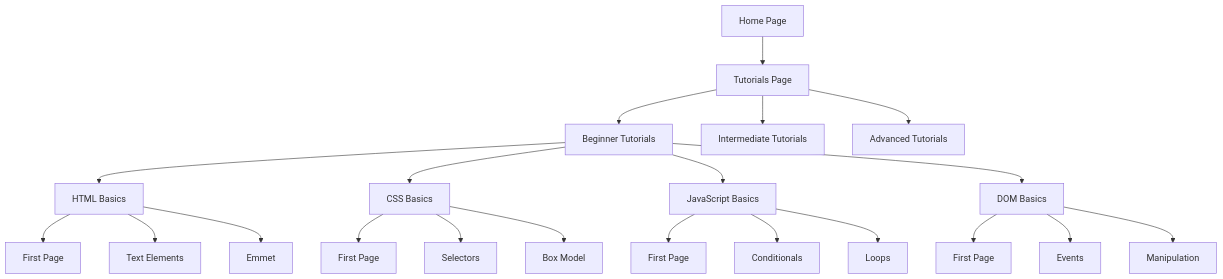
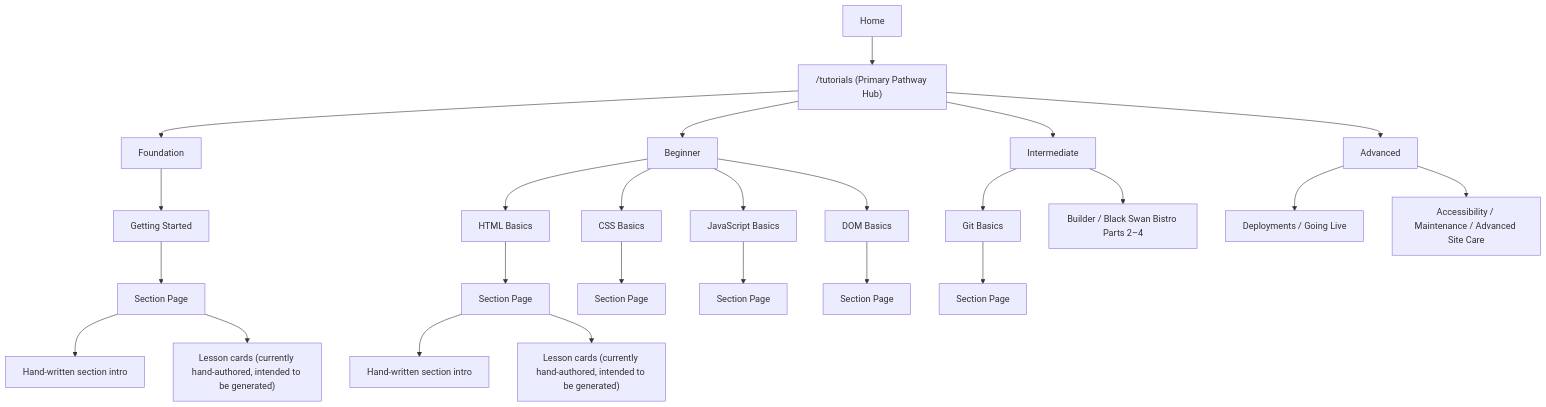
The first of 5 diagrams in docs/TUTORIAL_SITE_DIAGRAM.md (hlnb/ge-tutorial-platform), drawn with Mermaid before and after one commit. The commit also changed other lines of this file and 16 other files, not shown here.

````diff
--- a/docs/TUTORIAL_SITE_DIAGRAM.md
+++ b/docs/TUTORIAL_SITE_DIAGRAM.md
@@ -7,28 +7,35 @@
 ```mermaid
 graph TD
-    Home[Home Page] --> Tutorials[Tutorials Page]
-    Tutorials --> Beginner[Beginner Tutorials]
-    Tutorials --> Intermediate[Intermediate Tutorials]
-    Tutorials --> Advanced[Advanced Tutorials]
-    
-    Beginner --> HTML[HTML Basics]
-    Beginner --> CSS[CSS Basics]
-    Beginner --> JS[JavaScript Basics]
-    Beginner --> DOM[DOM Basics]
-    
-    HTML --> HTMLFirst[First Page]
-    HTML --> HTMLText[Text Elements]
-    HTML --> HTMLEmmet[Emmet]
-    
-    CSS --> CSSFirst[First Page]
-    CSS --> CSSSelectors[Selectors]
-    CSS --> CSSBox[Box Model]
-    
-    JS --> JSFirst[First Page]
-    JS --> JSConditionals[Conditionals]
-    JS --> JSLoops[Loops]
-    
-    DOM --> DOMFirst[First Page]
-    DOM --> DOMEvents[Events]
-    DOM --> DOMManipulation[Manipulation]
+    Home["Home"] --> Tutorials["/tutorials (Primary Pathway Hub)"]
+
+    Tutorials --> Foundation["Foundation"]
+    Tutorials --> Beginner["Beginner"]
+    Tutorials --> Intermediate["Intermediate"]
+    Tutorials --> Advanced["Advanced"]
+
+    Foundation --> GettingStarted["Getting Started"]
+
+    Beginner --> HTML["HTML Basics"]
+    Beginner --> CSS["CSS Basics"]
+    Beginner --> JS["JavaScript Basics"]
+    Beginner --> DOM["DOM Basics"]
+
+    Intermediate --> Git["Git Basics"]
+    Intermediate --> Builder["Builder / Black Swan Bistro Parts 2–4"]
+
+    Advanced --> Deploy["Deployments / Going Live"]
+    Advanced --> Care["Accessibility / Maintenance / Advanced Site Care"]
+
+    GettingStarted --> GSIndex["Section Page"]
+    HTML --> HTMLIndex["Section Page"]
+    CSS --> CSSIndex["Section Page"]
+    JS --> JSIndex["Section Page"]
+    DOM --> DOMIndex["Section Page"]
+    Git --> GitIndex["Section Page"]
+
+    GSIndex --> GSIntro["Hand-written section intro"]
+    GSIndex --> GSCards["Lesson cards (currently hand-authored, intended to be generated)"]
+
+    HTMLIndex --> HTMLIntro["Hand-written section intro"]
+    HTMLIndex --> HTMLCards["Lesson cards (currently hand-authored, intended to be generated)"]
 ```
````
